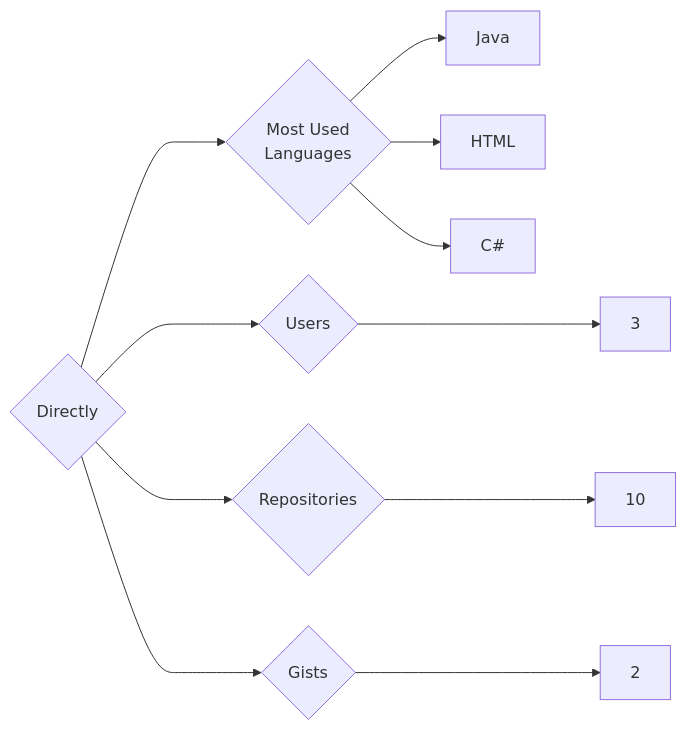
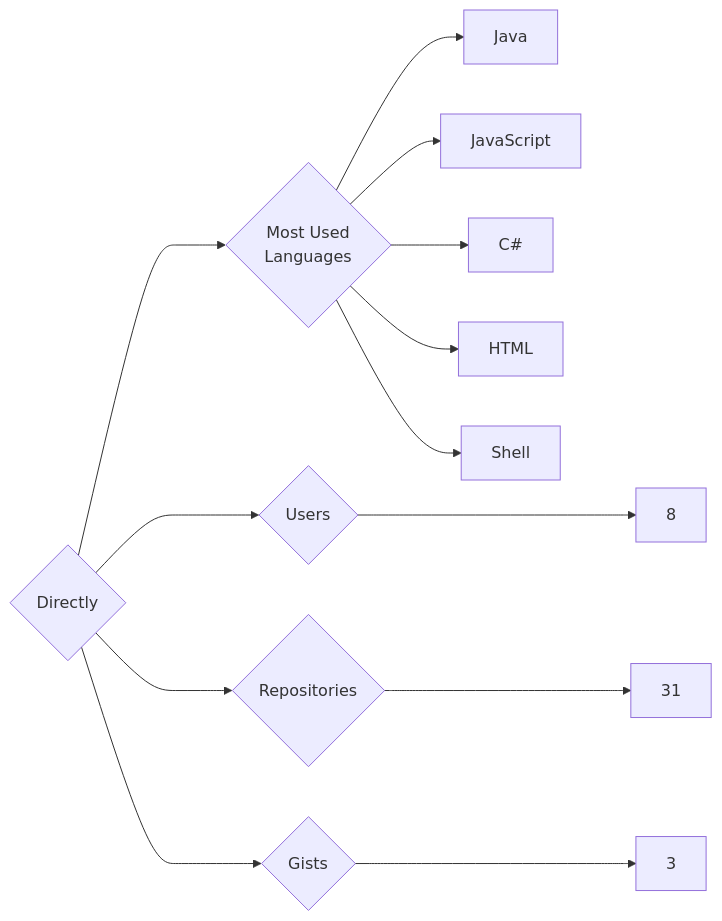
One commit to trickest/insiders changed the diagram in targets/Directly/README.md. Above: the diagram before and after it, drawn with Mermaid. The commit also changed 993 other files, not shown here.

````diff
--- a/targets/Directly/README.md
+++ b/targets/Directly/README.md
@@ -3,11 +3,13 @@
 ```mermaid
 graph LR
 COMPANY_NAME{Directly}
-COMPANY_NAME ---> U{Users} ---> UN[3]
-COMPANY_NAME ---> R{Repositories} ---> RN[10]
-COMPANY_NAME ---> G{Gists} ---> GN[2]
+COMPANY_NAME ---> U{Users} ---> UN[8]
+COMPANY_NAME ---> R{Repositories} ---> RN[31]
+COMPANY_NAME ---> G{Gists} ---> GN[3]
 COMPANY_NAME ---> ML{Most Used<br>Languages}
 ML --> Java[Java]
+ML --> JavaScript[JavaScript]
+ML --> C#[C#]
 ML --> HTML[HTML]
-ML --> C#[C#]
+ML --> Shell[Shell]
 ```
````
